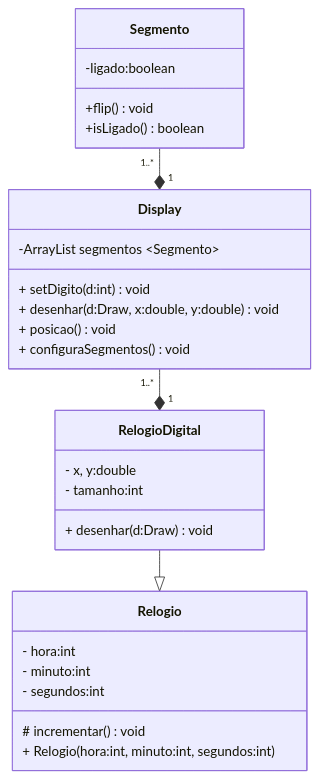
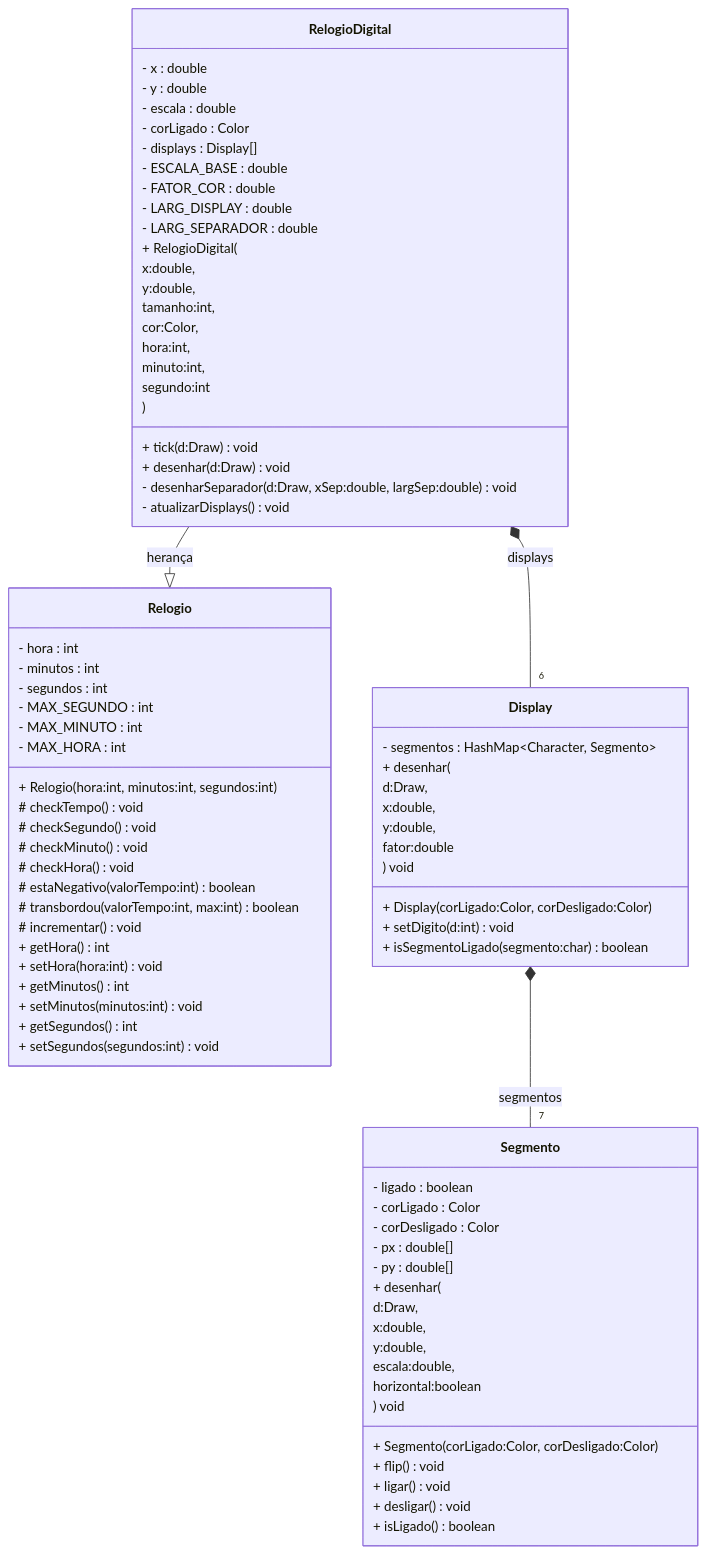
The diagram in lab05/lab05_relogio/readme.md (kaleu-b/poo), drawn with Mermaid before and after one commit.

Commit message:
mudando o readme do exercicio do relógio para refletir melhor o código

````diff
--- a/lab05/lab05_relogio/readme.md
+++ b/lab05/lab05_relogio/readme.md
@@ -1,40 +1,101 @@
 ```mermaid
     classDiagram
-        direction TB
-        
-        class Relogio{
-            - hora:int
-            - minuto:int
-            - segundos:int
-            
-            # incrementar()void
-            
-            + Relogio(hora:int, minuto:int, segundos:int)
-        }
-        
-        class RelogioDigital{
-            - x, y:double
-            - tamanho:int
-            + desenhar(d:Draw)void
-        }
-        
-        class Display{
-            -ArrayList segmentos ~Segmento~
-            + setDigito(d:int)void
-            + desenhar(d:Draw, x:double, y:double)void
-            + posicao()void
-            + configuraSegmentos()void
-        }  
-        
-        class Segmento{
-            -ligado:boolean
-            
-            +flip()void
-            +isLigado()boolean
-        }
-        
-        Segmento "1..*" --* "1" Display
-        Display "1..*" --* "1" RelogioDigital
-        RelogioDigital --|> Relogio
+    direction TB
+
+class Relogio {
+- hora : int
+- minutos : int
+- segundos : int
+- MAX_SEGUNDO : int
+- MAX_MINUTO : int
+- MAX_HORA : int
+
++ Relogio(hora:int, minutos:int, segundos:int)
+
+# checkTempo() void
+# checkSegundo() void
+# checkMinuto() void
+# checkHora() void
+# estaNegativo(valorTempo:int) boolean
+# transbordou(valorTempo:int, max:int) boolean
+# incrementar() void
+
++ getHora() int
++ setHora(hora:int) void
++ getMinutos() int
++ setMinutos(minutos:int) void
++ getSegundos() int
++ setSegundos(segundos:int) void
+}
+
+class RelogioDigital {
+- x : double
+- y : double
+- escala : double
+- corLigado : Color
+- displays : Display[]
+
+- ESCALA_BASE : double
+- FATOR_COR : double
+- LARG_DISPLAY : double
+- LARG_SEPARADOR : double
+
++ RelogioDigital(
+x:double,
+y:double,
+tamanho:int,
+cor:Color,
+hora:int,
+minuto:int,
+segundo:int
+)
+
++ tick(d:Draw) void
++ desenhar(d:Draw) void
+- desenharSeparador(d:Draw, xSep:double, largSep:double) void
+- atualizarDisplays() void
+}
+
+class Display {
+- segmentos : HashMap~Character, Segmento~
+
++ Display(corLigado:Color, corDesligado:Color)
++ setDigito(d:int) void
++ isSegmentoLigado(segmento:char) boolean
++ desenhar(
+d:Draw,
+x:double,
+y:double,
+fator:double
+) void
+}
+
+class Segmento {
+- ligado : boolean
+- corLigado : Color
+- corDesligado : Color
+- px : double[]
+- py : double[]
+
++ Segmento(corLigado:Color, corDesligado:Color)
+
++ flip() void
++ ligar() void
++ desligar() void
++ isLigado() boolean
+
++ desenhar(
+d:Draw,
+x:double,
+y:double,
+escala:double,
+horizontal:boolean
+) void
+}
+
+RelogioDigital --|> Relogio : herança
+
+RelogioDigital *-- "6" Display : displays
+Display *-- "7" Segmento : segmentos
         
 ```
````
